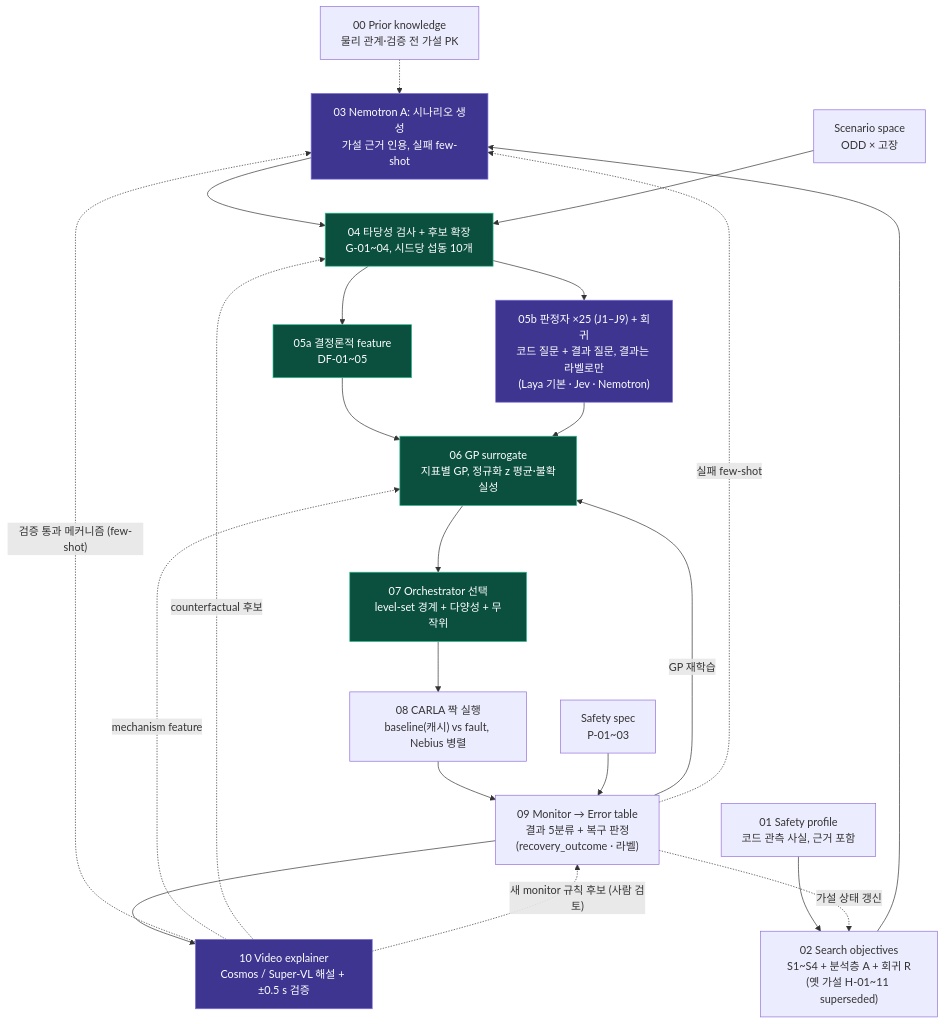
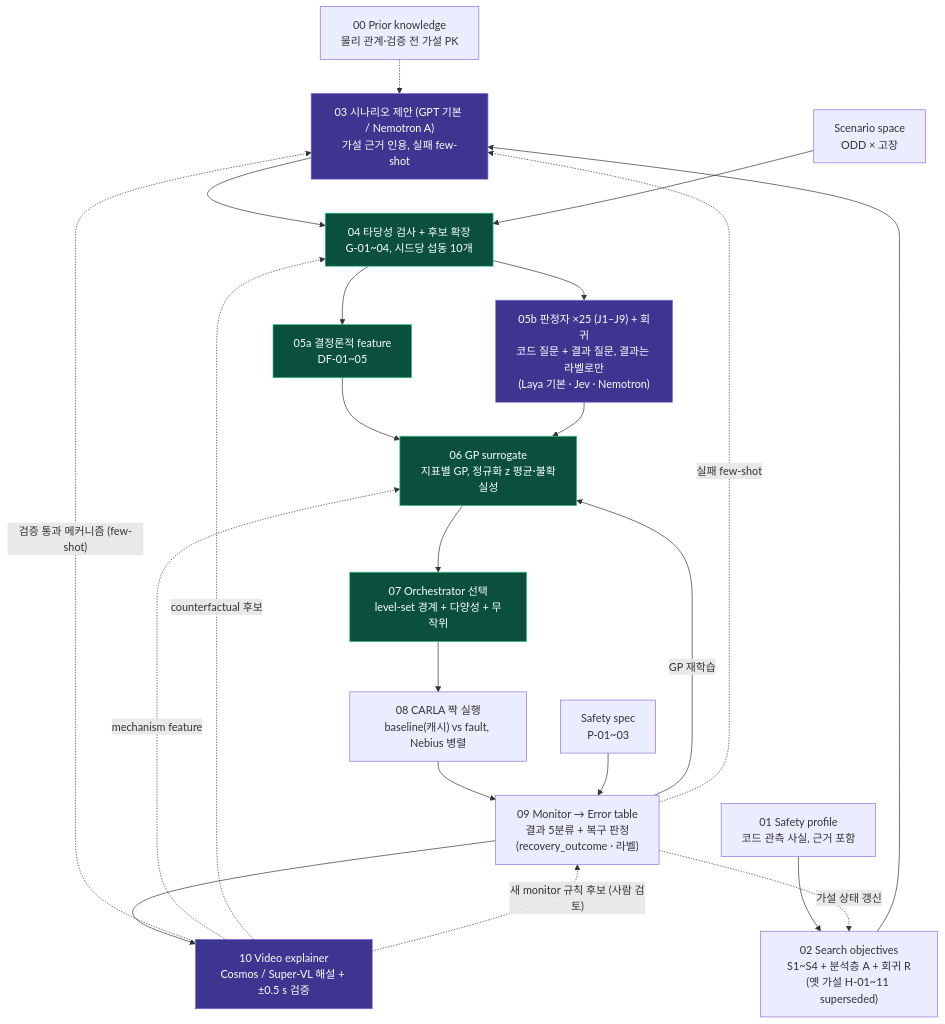
The diagram in pipeline/README.md (yoonju04/SIL_HACKATHON), drawn with Mermaid before and after one commit. The commit also changed other lines of this file and 9 other files, not shown here.

First line of the commit message:
03 proposer: swappable GPT backend (default), Nemotron A still selectable

````diff
--- a/pipeline/README.md
+++ b/pipeline/README.md
@@ -6,30 +6,30 @@
 ```mermaid
 flowchart TD
     PK["00 Prior knowledge<br/>물리 관계·검증 전 가설 PK"] -.-> NA
     SP["01 Safety profile<br/>코드 관측 사실, 근거 포함"] --> HY
     HY["02 Search objectives<br/>S1~S4 + 분석층 A + 회귀 R<br/>(옛 가설 H-01~11 superseded)"] --> NA
-    NA["03 Nemotron A: 시나리오 생성<br/>가설 근거 인용, 실패 few-shot"] --> FE
+    NA["03 시나리오 제안 (GPT 기본 / Nemotron A)<br/>가설 근거 인용, 실패 few-shot"] --> FE
     SS["Scenario space<br/>ODD × 고장"] --> FE
     FE["04 타당성 검사 + 후보 확장<br/>G-01~04, 시드당 섭동 10개"] --> DF & NB
     DF["05a 결정론적 feature<br/>DF-01~05"] --> GP
     NB["05b 판정자 ×25 (J1–J9) + 회귀<br/>코드 질문 + 결과 질문, 결과는 라벨로만<br/>(Laya 기본 · Jev · Nemotron)"] --> GP
     GP["06 GP surrogate<br/>지표별 GP, 정규화 z 평균·불확실성"] --> OR
     OR["07 Orchestrator 선택<br/>level-set 경계 + 다양성 + 무작위"] --> CR
     CR["08 CARLA 짝 실행<br/>baseline(캐시) vs fault, Nebius 병렬"] --> MO
     SPEC["Safety spec<br/>P-01~03"] --> MO
     MO["09 Monitor → Error table<br/>결과 5분류 + 복구 판정<br/>(recovery_outcome · 라벨)"]
     MO --> VE["10 Video explainer<br/>Cosmos / Super-VL 해설 + ±0.5 s 검증"]
 
     MO -- "GP 재학습" --> GP
     VE -. "검증 통과 메커니즘 (few-shot)" .-> NA
     VE -. "mechanism feature" .-> GP
     VE -. "counterfactual 후보" .-> FE
     VE -. "새 monitor 규칙 후보 (사람 검토)" .-> MO
     MO -. "실패 few-shot" .-> NA
     MO -. "가설 상태 갱신" .-> HY
 
     classDef nemotron fill:#3d3590,stroke:#7b70e0,color:#fff
     classDef det fill:#0b4f3f,stroke:#2fbf8f,color:#fff
     class NA,NB,VE nemotron
     class FE,DF,GP,OR det
 ```
````
